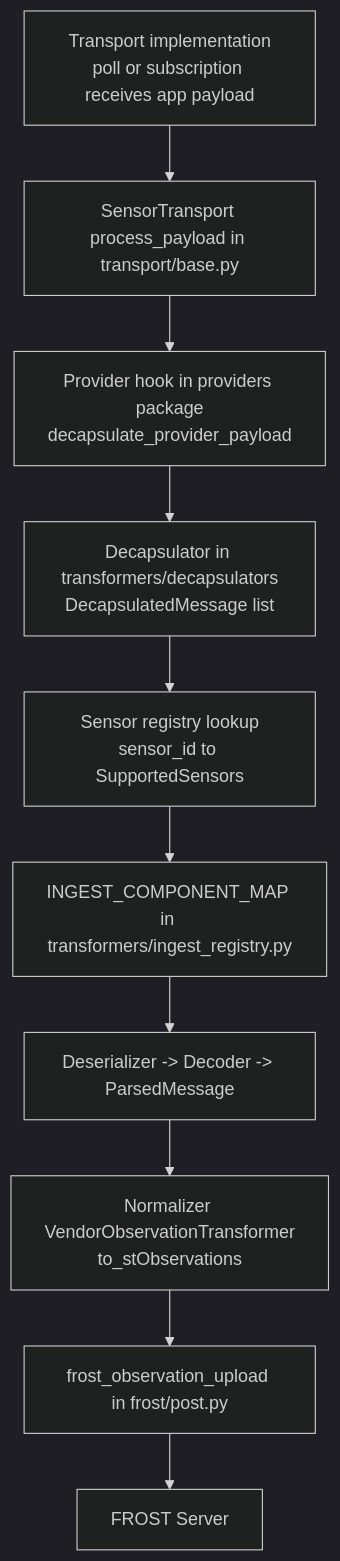
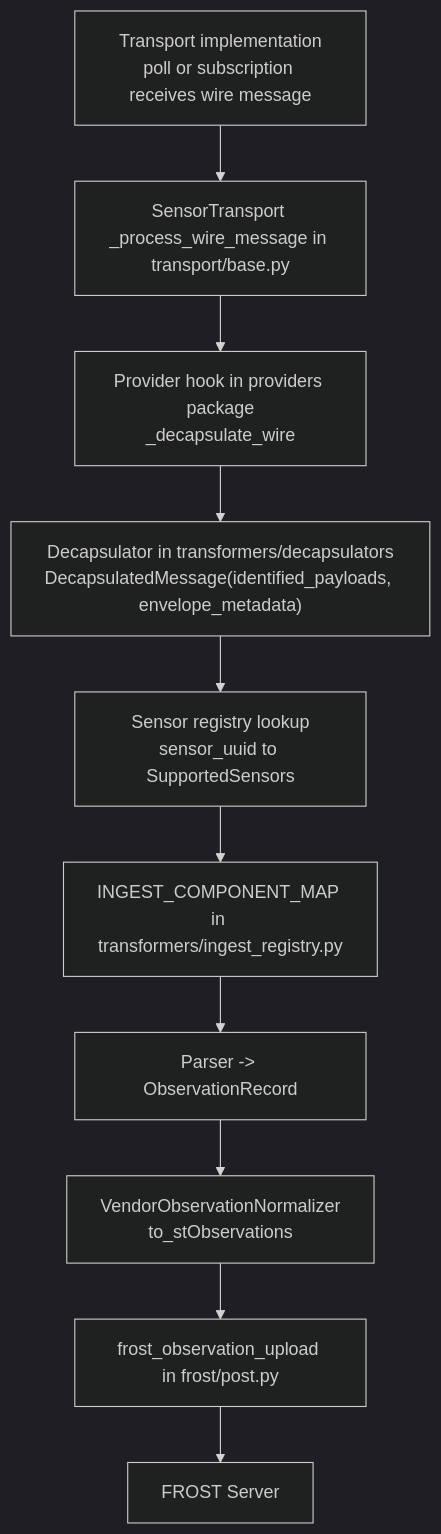
One commit to justinschembri/rime changed the diagram in src/rime/README.md. Above: the diagram before and after it, drawn with Mermaid (dark theme). The commit also changed other lines of this file and 44 other files, not shown here.

````diff
--- a/src/rime/README.md
+++ b/src/rime/README.md
@@ -11,12 +11,12 @@
 ```mermaid
 flowchart TD
-    A["Transport implementation<br/>poll or subscription receives app payload"] --> B["SensorTransport process_payload in transport/base.py"]
-    B --> C["Provider hook in providers package<br/>decapsulate_provider_payload"]
-    C --> D["Decapsulator in transformers/decapsulators<br/>DecapsulatedMessage list"]
-    D --> E["Sensor registry lookup<br/>sensor_id to SupportedSensors"]
+    A["Transport implementation<br/>poll or subscription receives wire message"] --> B["SensorTransport _process_wire_message in transport/base.py"]
+    B --> C["Provider hook in providers package<br/>_decapsulate_wire"]
+    C --> D["Decapsulator in transformers/decapsulators<br/>DecapsulatedMessage(identified_payloads, envelope_metadata)"]
+    D --> E["Sensor registry lookup<br/>sensor_uuid to SupportedSensors"]
     E --> F["INGEST_COMPONENT_MAP in transformers/ingest_registry.py"]
-    F --> G["Deserializer -> Decoder -> ParsedMessage"]
-    G --> H["Normalizer VendorObservationTransformer<br/>to_stObservations"]
+    F --> G["Parser -> ObservationRecord"]
+    G --> H["VendorObservationNormalizer<br/>to_stObservations"]
     H --> I["frost_observation_upload in frost/post.py"]
     I --> J["FROST Server"]
 ```
````
